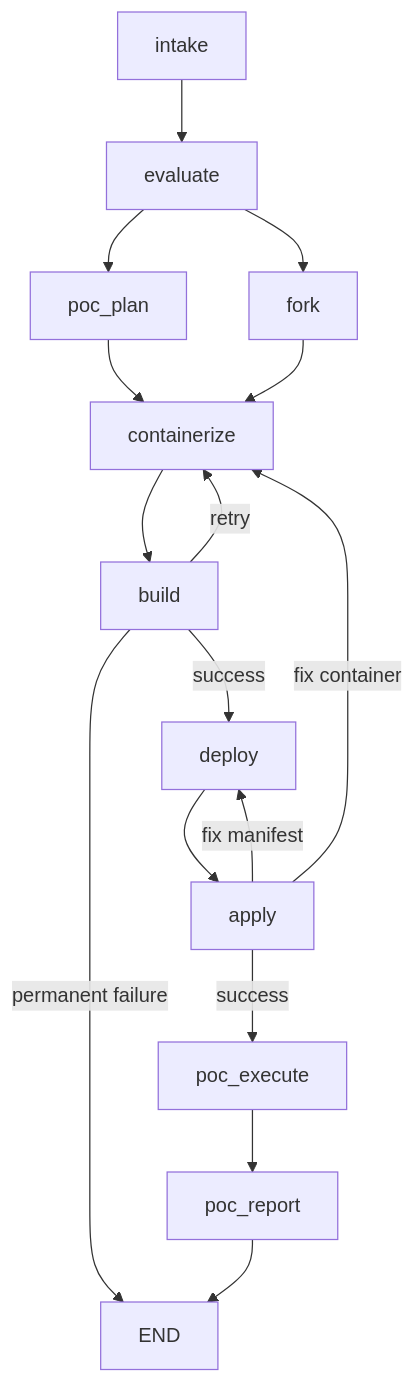
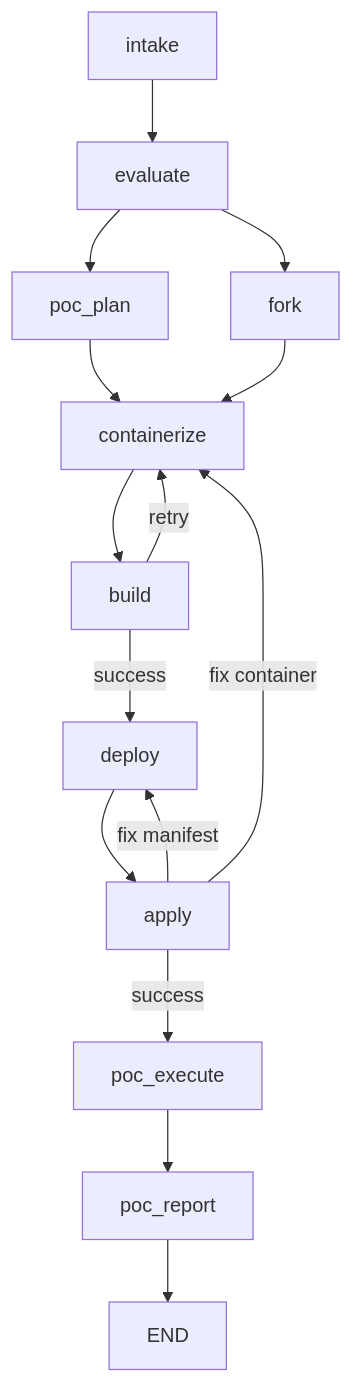
Before and after one commit to aicatalyst-team/autopoc: the diagram in README.md, drawn with Mermaid. The commit also changed other lines of this file and 3 other files, not shown here.

````diff
--- a/README.md
+++ b/README.md
@@ -168,18 +92,17 @@
 ```mermaid
 graph TD;
     intake --> evaluate;
     evaluate --> poc_plan;
     evaluate --> fork;
     poc_plan --> containerize;
     fork --> containerize;
     containerize --> build;
     build -->|success| deploy;
     build -->|retry| containerize;
-    build -->|permanent failure| END;
     deploy --> apply;
     apply -->|success| poc_execute;
     apply -->|fix manifest| deploy;
     apply -->|fix container| containerize;
     poc_execute --> poc_report;
     poc_report --> END;
 ```
````
